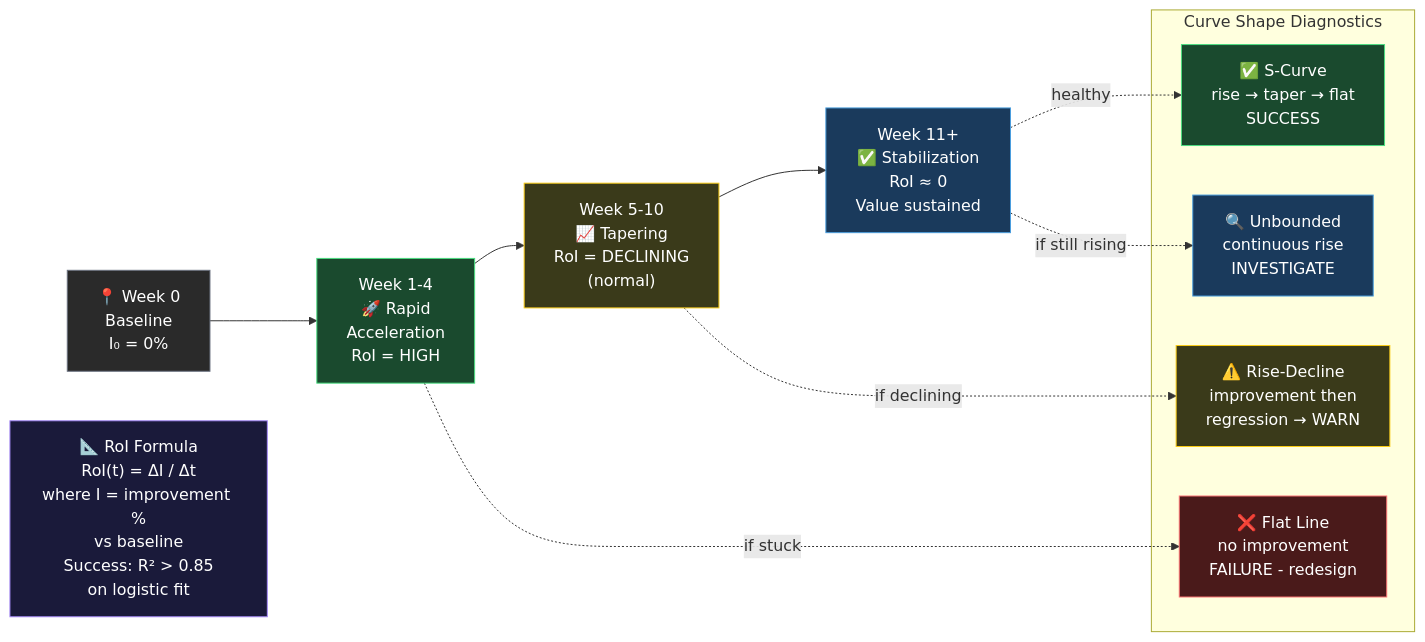
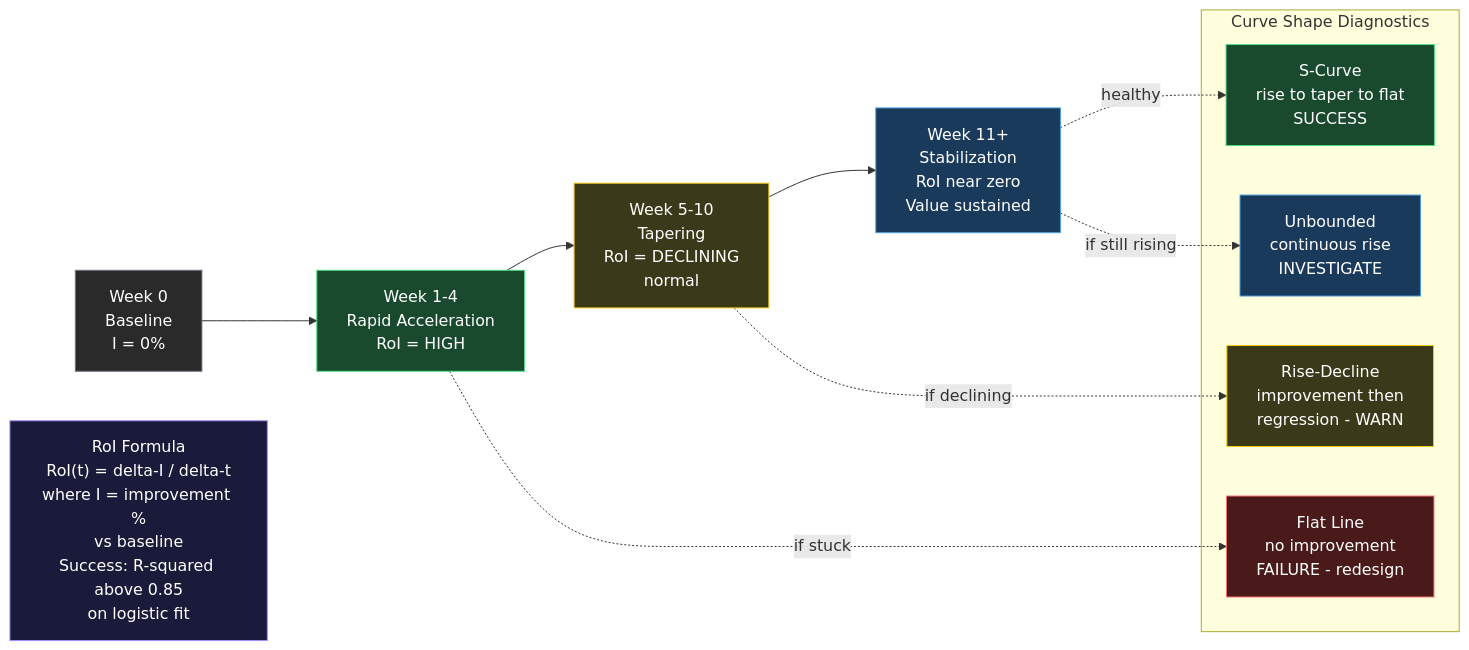
One commit to fszale/agent-kernel changed the second of 5 diagrams in PHILOSOPHY.md. Above: the diagram before and after it, drawn with Mermaid. The commit also changed other lines of this file and 28 other files, not shown here.

````diff
--- a/PHILOSOPHY.md
+++ b/PHILOSOPHY.md
@@ -338,57 +328,56 @@
 ```mermaid
 graph LR
-    W0["📍 Week 0
+    W0["Week 0
 Baseline
-I₀ = 0%"]
+I = 0%"]
     W1["Week 1-4
-🚀 Rapid
-Acceleration
+Rapid Acceleration
 RoI = HIGH"]
     W2["Week 5-10
-📈 Tapering
+Tapering
 RoI = DECLINING
-(normal)"]
+normal"]
     W3["Week 11+
-✅ Stabilization
-RoI ≈ 0
+Stabilization
+RoI near zero
 Value sustained"]
 
     W0 --> W1 --> W2 --> W3
 
     subgraph SHAPES["Curve Shape Diagnostics"]
-        S1["✅ S-Curve
-rise → taper → flat
+        S1["S-Curve
+rise to taper to flat
 SUCCESS"]
-        S2["⚠️ Rise-Decline
+        S2["Rise-Decline
 improvement then
-regression → WARN"]
-        S3["❌ Flat Line
+regression - WARN"]
+        S3["Flat Line
 no improvement
 FAILURE - redesign"]
-        S4["🔍 Unbounded
+        S4["Unbounded
 continuous rise
 INVESTIGATE"]
     end
 
     W3 -.->|"healthy"| S1
     W2 -.->|"if declining"| S2
     W1 -.->|"if stuck"| S3
     W3 -.->|"if still rising"| S4
 
-    FORMULA["📐 RoI Formula
-RoI(t) = ΔI / Δt
+    FORMULA["RoI Formula
+RoI(t) = delta-I / delta-t
 where I = improvement %
 vs baseline
-Success: R² > 0.85
+Success: R-squared above 0.85
 on logistic fit"]
 
     style W0 fill:#2a2a2a,color:#fff,stroke:#6b7280
     style W1 fill:#1a4a2e,color:#fff,stroke:#4ade80
     style W2 fill:#3a3a1a,color:#fff,stroke:#facc15
     style W3 fill:#1a3a5c,color:#fff,stroke:#4a9ede
     style S1 fill:#1a4a2e,color:#fff,stroke:#4ade80
     style S2 fill:#3a3a1a,color:#fff,stroke:#facc15
     style S3 fill:#4a1a1a,color:#fff,stroke:#f87171
     style S4 fill:#1a3a5c,color:#fff,stroke:#4a9ede
     style FORMULA fill:#1a1a3a,color:#fff,stroke:#a78bfa
 ```
````
